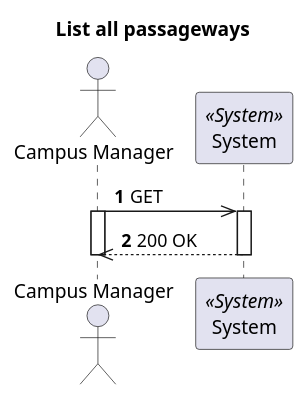
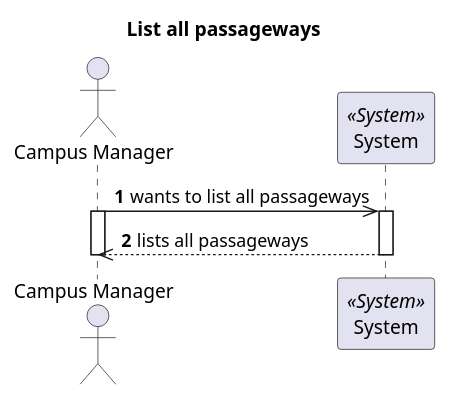
One commit to 1210910/lapr5 changed the diagram in docs/VistaProcesso/US260(1190)/ProcessView_Level1_US260_1190.puml. Above: the diagram before and after it, drawn with PlantUML. The commit also changed 14 other files, not shown here.

Commit message:
Fixed diagrams (communication user/system)

```diff
--- a/docs/VistaProcesso/US260(1190)/ProcessView_Level1_US260_1190.puml
+++ b/docs/VistaProcesso/US260(1190)/ProcessView_Level1_US260_1190.puml
@@ -1,22 +1,22 @@
 @startuml Process View - Level 1- List all passageways
 'https://plantuml.com/sequence-diagram
 
 autonumber
 skinparam packageStyle rect
 
 title List all passageways
 
 actor "Campus Manager" as CM
 participant "System" as Sys <<System>>
 
-CM->> Sys : GET
+CM->> Sys : wants to list all passageways
 
 activate CM
 activate Sys
 
-CM<<--Sys : 200 OK
+CM<<--Sys : lists all passageways
 
 deactivate Sys
 deactivate CM
 
 @enduml
```
